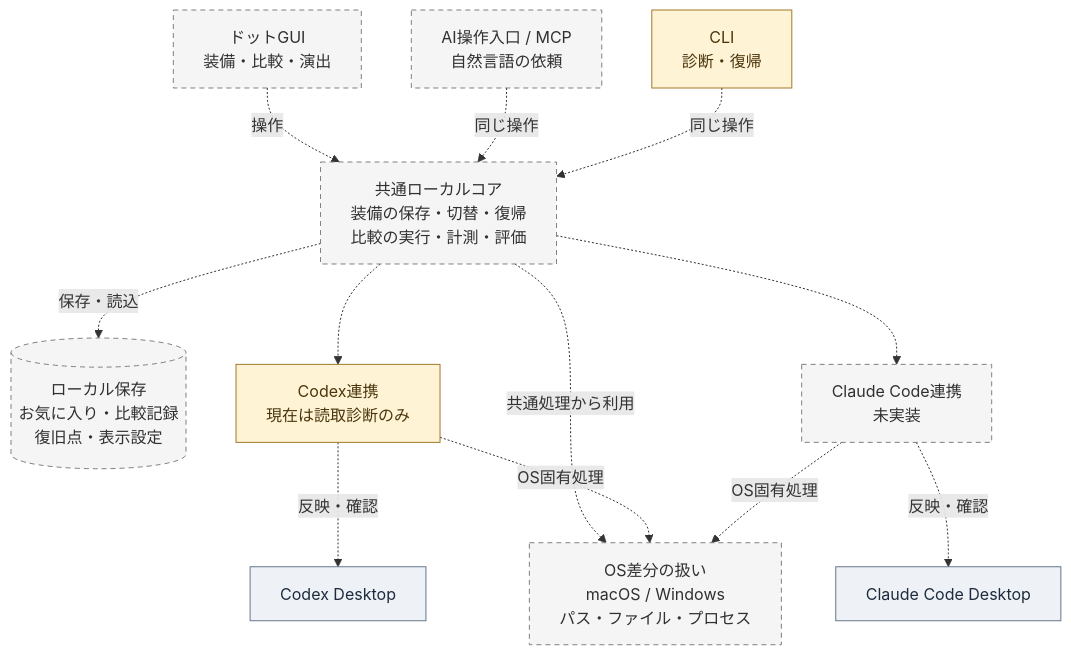
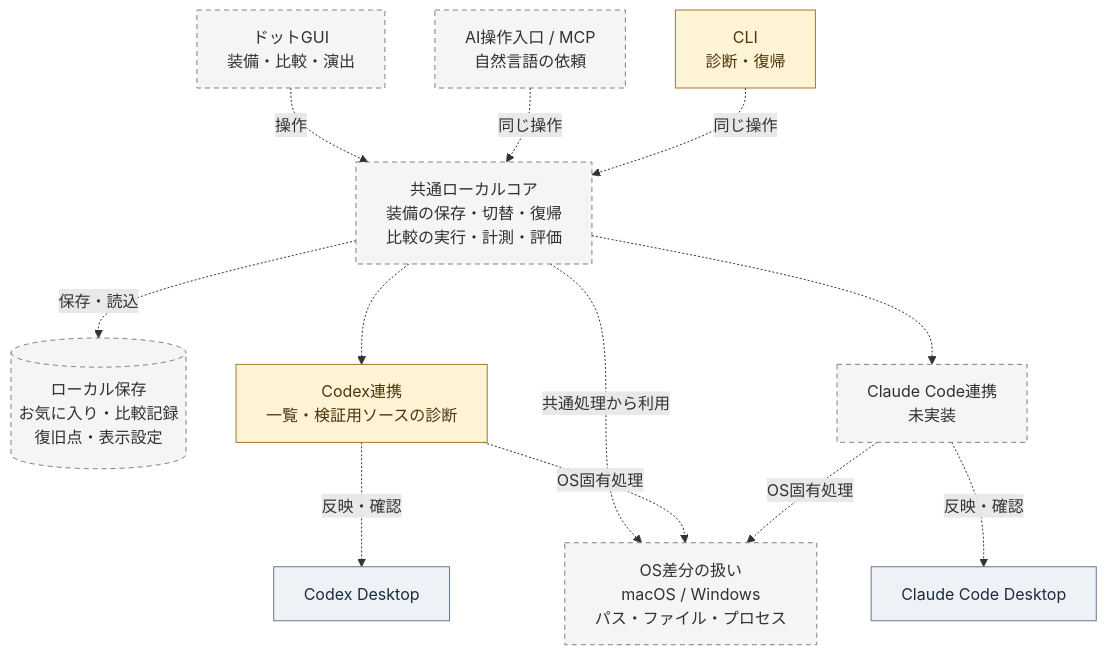
Before and after one commit to NemuKei/unharness: the second of 2 diagrams in docs/architecture.md, drawn with Mermaid. The commit also changed other lines of this file and 11 other files, not shown here.

````diff
--- a/docs/architecture.md
+++ b/docs/architecture.md
@@ -40,30 +42,30 @@
 ```mermaid
 flowchart TB
   UI["ドットGUI<br/>装備・比較・演出"]
   MCP["AI操作入口 / MCP<br/>自然言語の依頼"]
   CLI["CLI<br/>診断・復帰"]
   Core["共通ローカルコア<br/>装備の保存・切替・復帰<br/>比較の実行・計測・評価"]
   Store[("ローカル保存<br/>お気に入り・比較記録<br/>復旧点・表示設定")]
-  CodexAdapter["Codex連携<br/>現在は読取診断のみ"]
+  CodexAdapter["Codex連携<br/>一覧・検証用ソースの診断"]
   ClaudeAdapter["Claude Code連携<br/>未実装"]
   Platform["OS差分の扱い<br/>macOS / Windows<br/>パス・ファイル・プロセス"]
   CodexApp["Codex Desktop"]
   ClaudeApp["Claude Code Desktop"]
   UI -.->|"操作"| Core
   MCP -.->|"同じ操作"| Core
   CLI -.->|"同じ操作"| Core
   Core -.->|"保存・読込"| Store
   Core -.-> CodexAdapter
   Core -.-> ClaudeAdapter
   Core -.->|"共通処理から利用"| Platform
   CodexAdapter -.->|"反映・確認"| CodexApp
   ClaudeAdapter -.->|"反映・確認"| ClaudeApp
   CodexAdapter -.->|"OS固有処理"| Platform
   ClaudeAdapter -.->|"OS固有処理"| Platform
   classDef planned fill:#f5f5f5,stroke:#808080,color:#303030,stroke-dasharray:5 4
   classDef partial fill:#fff3d6,stroke:#a17929,color:#4b360b
   classDef external fill:#eef2f7,stroke:#68778c,color:#1d2b3d
   class UI,MCP,Core,Store,Platform,ClaudeAdapter planned
   class CLI,CodexAdapter partial
   class CodexApp,ClaudeApp external
 ```
````
